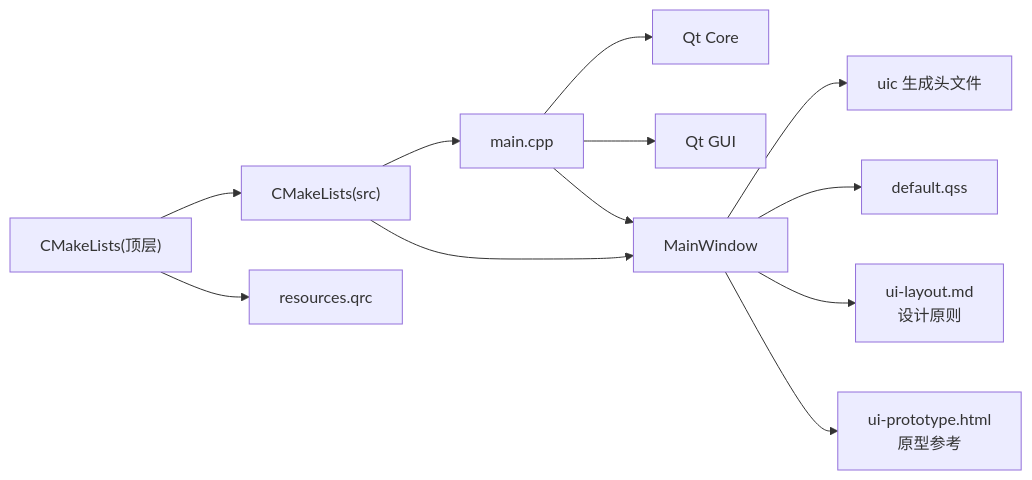
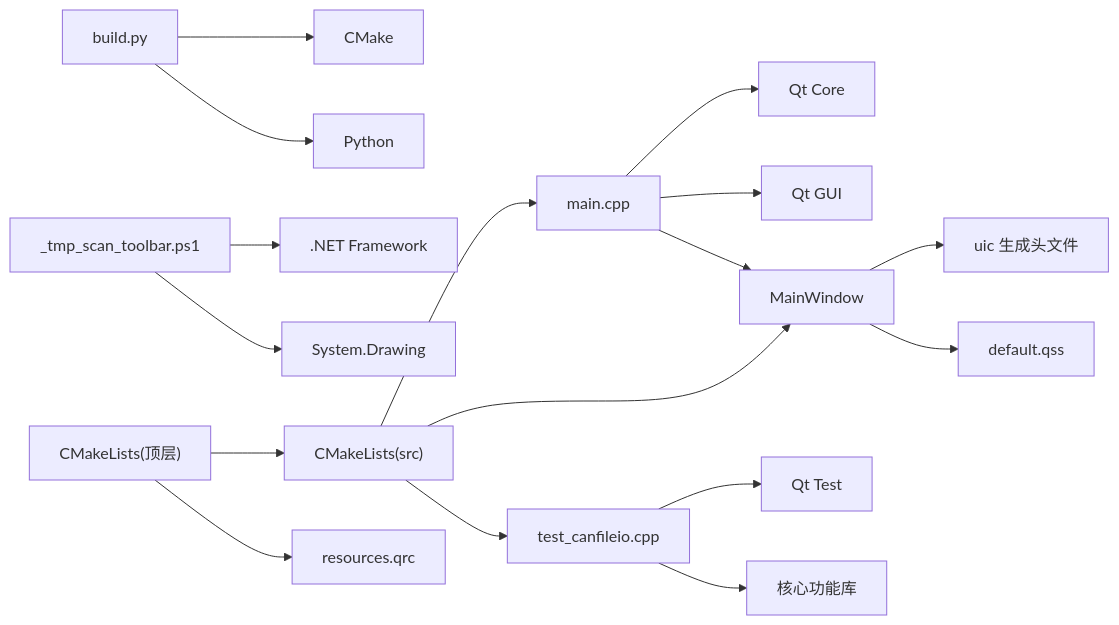
The fourth of 4 diagrams in .qoder/repowiki/zh/content/开发指南/开发指南.md (jakecai1225-design/OpenBus), drawn with Mermaid before and after one commit. The commit also changed other lines of this file and 177 other files, not shown here.

````diff
--- a/.qoder/repowiki/zh/content/开发指南/开发指南.md
+++ b/.qoder/repowiki/zh/content/开发指南/开发指南.md
@@ -294,14 +393,19 @@
 ```mermaid
 graph LR
 MAIN["main.cpp"] --> QT_CORE["Qt Core"]
 MAIN --> QT_GUI["Qt GUI"]
 MAIN --> MW["MainWindow"]
 MW --> UI_HDR["uic 生成头文件"]
 MW --> QSS["default.qss"]
-MW --> LAYOUT["ui-layout.md<br/>设计原则"]
-MW --> PROTOTYPE["ui-prototype.html<br/>原型参考"]
+TESTS["test_canfileio.cpp"] --> QT_TEST["Qt Test"]
+TESTS --> CORE_LIB["核心功能库"]
+BUILD["build.py"] --> CMAKE["CMake"]
+BUILD --> PYTHON["Python"]
+GUI_TEST["_tmp_scan_toolbar.ps1"] --> DOTNET[".NET Framework"]
+GUI_TEST --> IMAGE_LIB["System.Drawing"]
 CMAKE_TOP["CMakeLists(顶层)"] --> CMAKE_SRC["CMakeLists(src)"]
 CMAKE_SRC --> MAIN
 CMAKE_SRC --> MW
+CMAKE_SRC --> TESTS
 CMAKE_TOP --> QRC["resources.qrc"]
 ```
````
